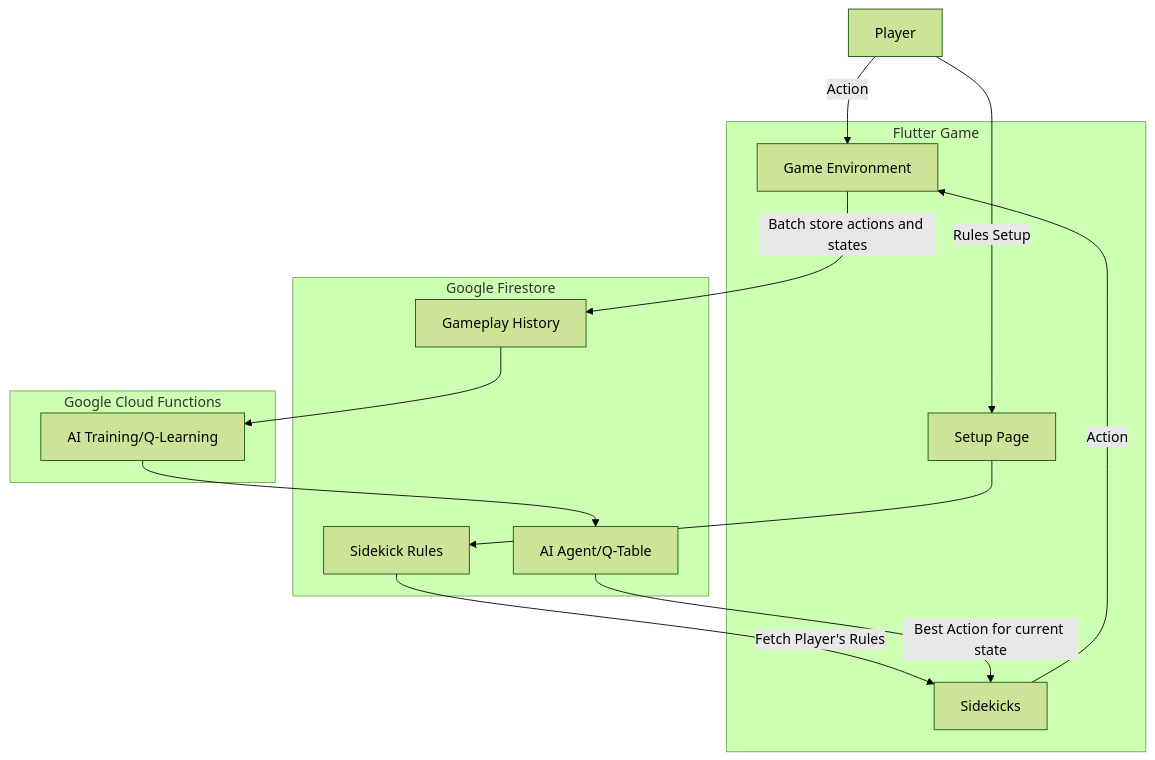
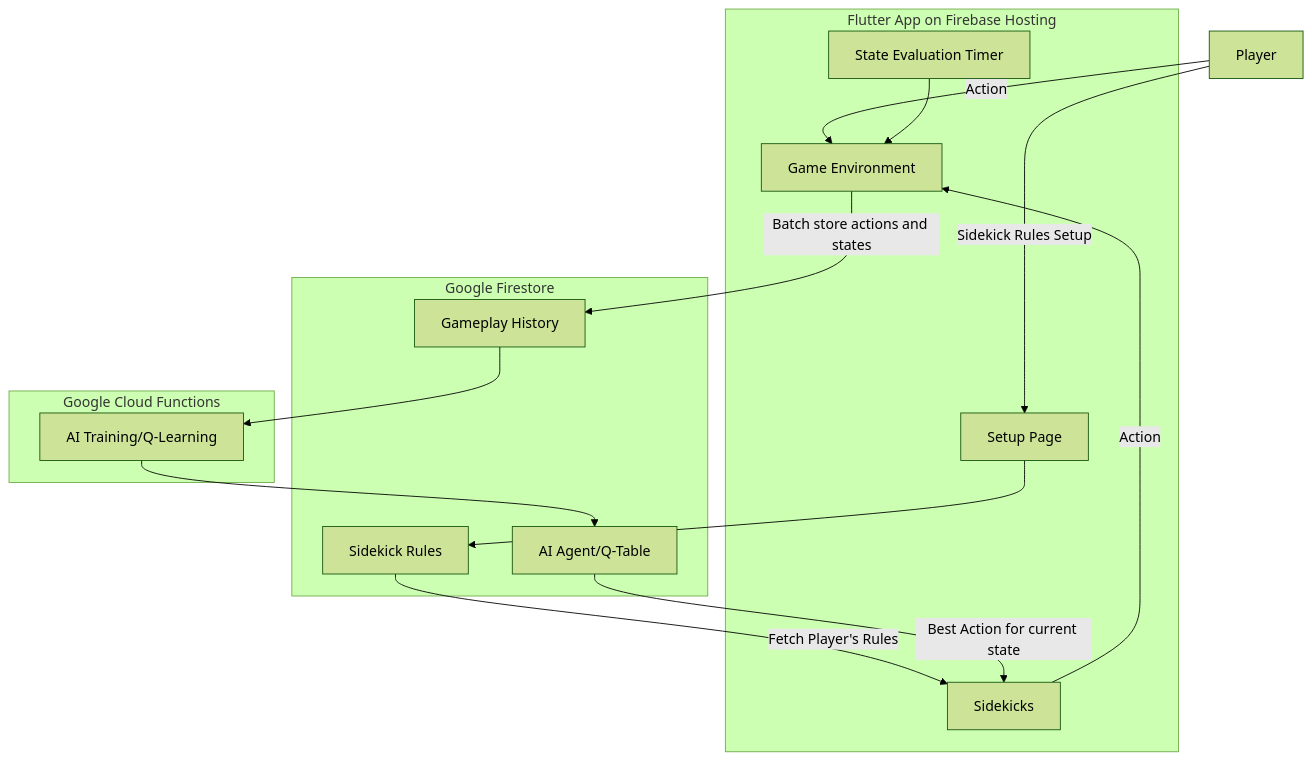
Before and after one commit to risheeboy/black_death: the diagram in README.md, drawn with Mermaid (forest theme).

Commit message:
Added Timer to diagram in README

````diff
--- a/README.md
+++ b/README.md
@@ -15,28 +15,30 @@
 ```mermaid
 graph TD
     Player -->|Action| Game[Game Environment]
-    Player -->|Rules Setup| Setup[Setup Page]
+    Player -->|Sidekick Rules Setup| Setup[Setup Page]
     Setup --> Rules[Sidekick Rules]
     Rules -->|Fetch Player's Rules| Sidekick[Sidekicks]
     Sidekick -->|Action| Game
     Game -->|Batch store actions and states| Gameplay[Gameplay History]
+    Timer[State Evaluation Timer] --> Game
     Gameplay --> Trainer[AI Training/Q-Learning]
     Trainer --> Agent[AI Agent/Q-Table]
     Agent -->|Best Action for current state| Sidekick
 
     subgraph Google Firestore 
     Rules
     Gameplay
     Agent
     end
 
-    subgraph Flutter Game
+    subgraph Flutter App on Firebase Hosting
     Game
     Sidekick
     Setup
+    Timer
     end
 
     subgraph Google Cloud Functions 
     Trainer
     end
 ```
````
